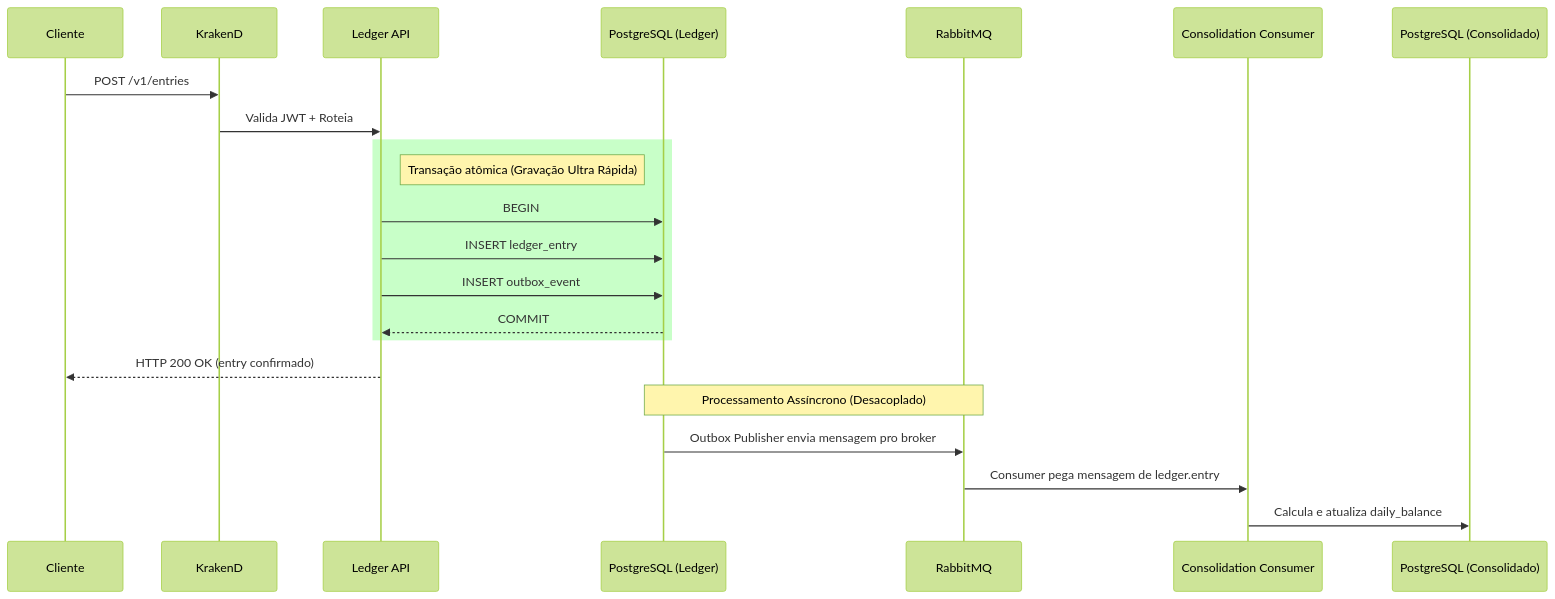
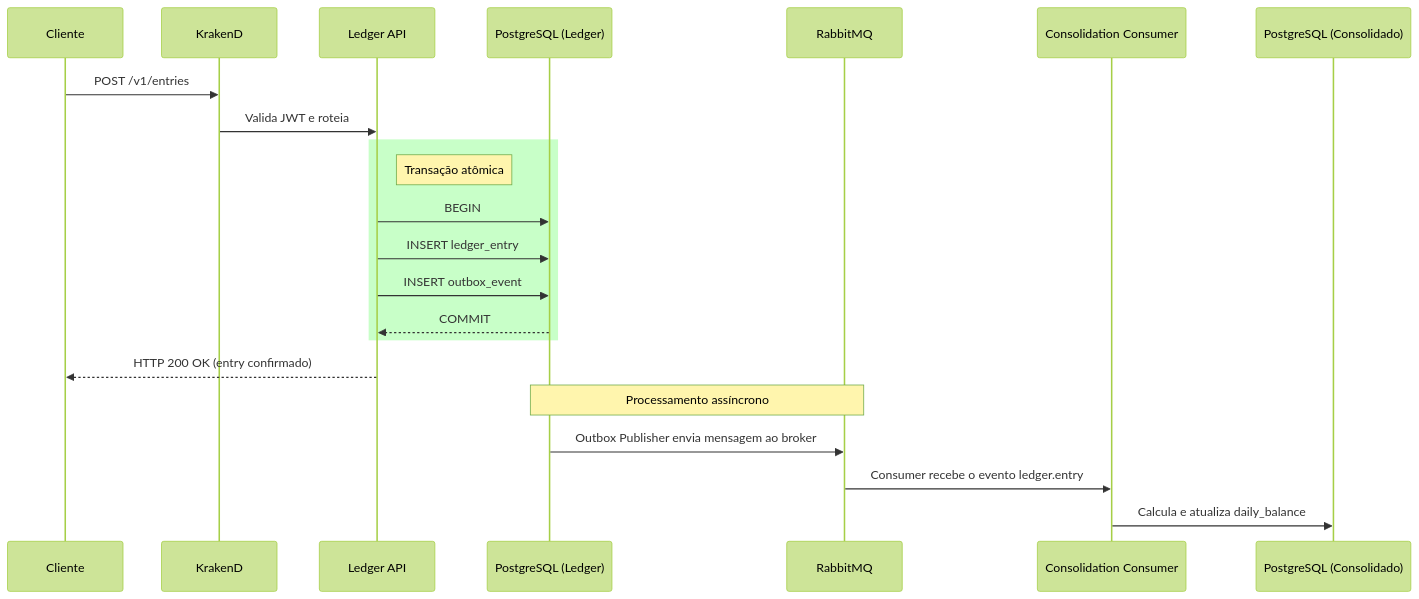
One commit to higordiego/keyrus changed the third of 5 diagrams in docs/legado-e-arquitetura.md. Above: the diagram before and after it, drawn with Mermaid (forest theme). The commit also changed other lines of this file and 10 other files, not shown here.

First line of the commit message:
docs: reduce docs/ to the legacy/architecture doc and the cost estimate

````diff
--- a/docs/legado-e-arquitetura.md
+++ b/docs/legado-e-arquitetura.md
@@ -119,28 +124,28 @@
 ```mermaid
 sequenceDiagram
     participant C as Cliente
     participant Edge as KrakenD
     participant L as Ledger API
     participant DB_L as PostgreSQL (Ledger)
     participant MQ as RabbitMQ
     participant Con as Consolidation Consumer
     participant DB_C as PostgreSQL (Consolidado)
 
     C->>Edge: POST /v1/entries
-    Edge->>L: Valida JWT + Roteia
+    Edge->>L: Valida JWT e roteia
 
     rect rgb(200, 255, 200)
-    note right of L: Transação atômica (Gravação Ultra Rápida)
+    note right of L: Transação atômica
     L->>DB_L: BEGIN
     L->>DB_L: INSERT ledger_entry
     L->>DB_L: INSERT outbox_event
     DB_L-->>L: COMMIT
     end
 
     L-->>C: HTTP 200 OK (entry confirmado)
 
-    note over MQ, DB_L: Processamento Assíncrono (Desacoplado)
-    DB_L->>MQ: Outbox Publisher envia mensagem pro broker
-    MQ->>Con: Consumer pega mensagem de ledger.entry
+    note over MQ, DB_L: Processamento assíncrono
+    DB_L->>MQ: Outbox Publisher envia mensagem ao broker
+    MQ->>Con: Consumer recebe o evento ledger.entry
     Con->>DB_C: Calcula e atualiza daily_balance
 ```
````
